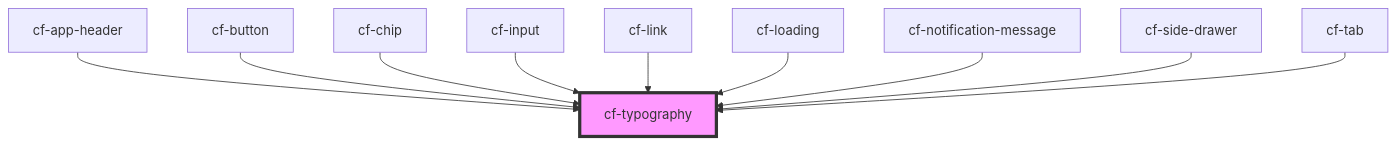
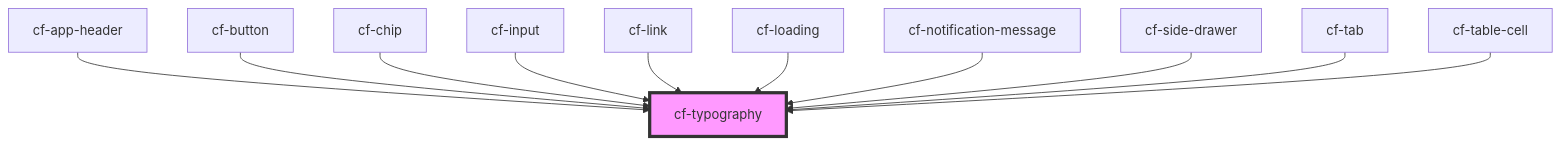
One commit to DriLLFreAK100/codefee-component changed the diagram in src/components/cf-typography/readme.md. Above: the diagram before and after it, drawn with Mermaid. The commit also changed other lines of this file and 16 other files, not shown here.

````diff
--- a/src/components/cf-typography/readme.md
+++ b/src/components/cf-typography/readme.md
@@ -31,13 +32,14 @@
 ```mermaid
 graph TD;
   cf-app-header --> cf-typography
   cf-button --> cf-typography
   cf-chip --> cf-typography
   cf-input --> cf-typography
   cf-link --> cf-typography
   cf-loading --> cf-typography
   cf-notification-message --> cf-typography
   cf-side-drawer --> cf-typography
   cf-tab --> cf-typography
+  cf-table-cell --> cf-typography
   style cf-typography fill:#f9f,stroke:#333,stroke-width:4px
 ```
````
